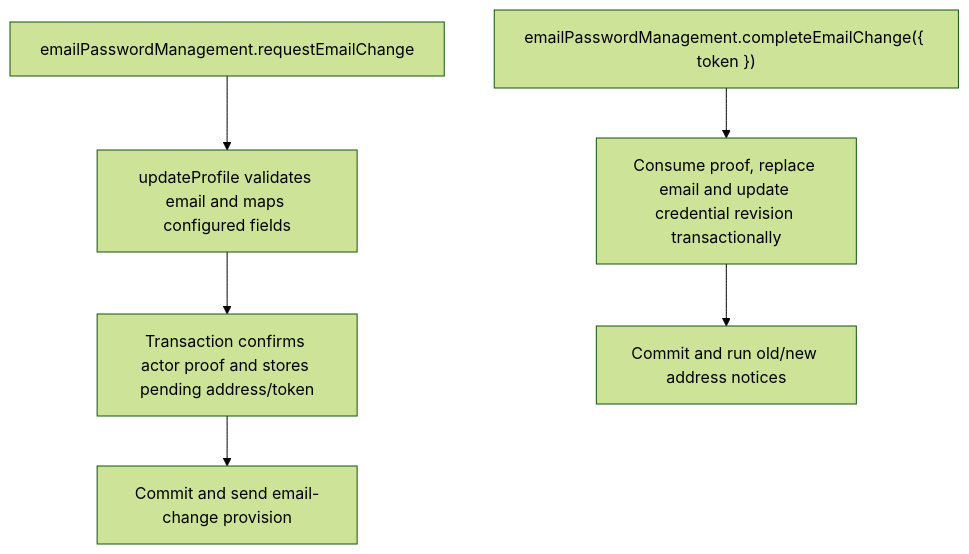
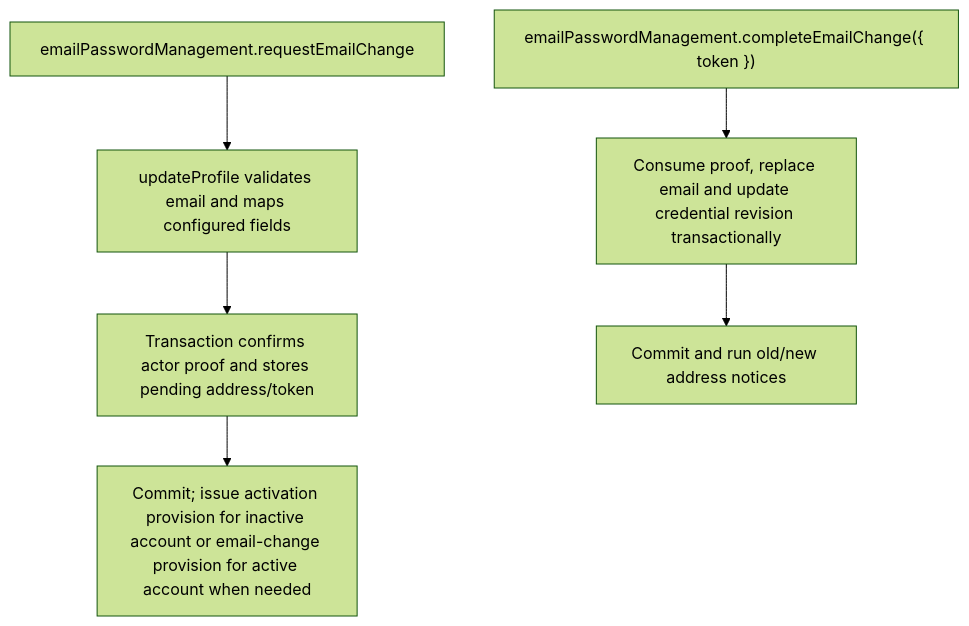
One commit to Kevinjohn/oss-adonisjs-account-kit changed the second of 2 diagrams in user-stories/US-ACCOUNT-06-change-email.md. Above: the diagram before and after it, drawn with Mermaid (forest theme). The commit also changed other lines of this file and 5 other files, not shown here.

````diff
--- a/user-stories/US-ACCOUNT-06-change-email.md
+++ b/user-stories/US-ACCOUNT-06-change-email.md
@@ -32,8 +40,8 @@
 ```mermaid
 flowchart TD
  A["emailPasswordManagement.requestEmailChange"] --> B["updateProfile validates email and maps configured fields"]
  B --> C["Transaction confirms actor proof and stores pending address/token"]
- C --> D["Commit and send email-change provision"]
+ C --> D["Commit; issue activation provision for inactive account or email-change provision for active account when needed"]
  E["emailPasswordManagement.completeEmailChange({ token })"] --> F["Consume proof, replace email and update credential revision transactionally"]
  F --> G["Commit and run old/new address notices"]
 ```
````
